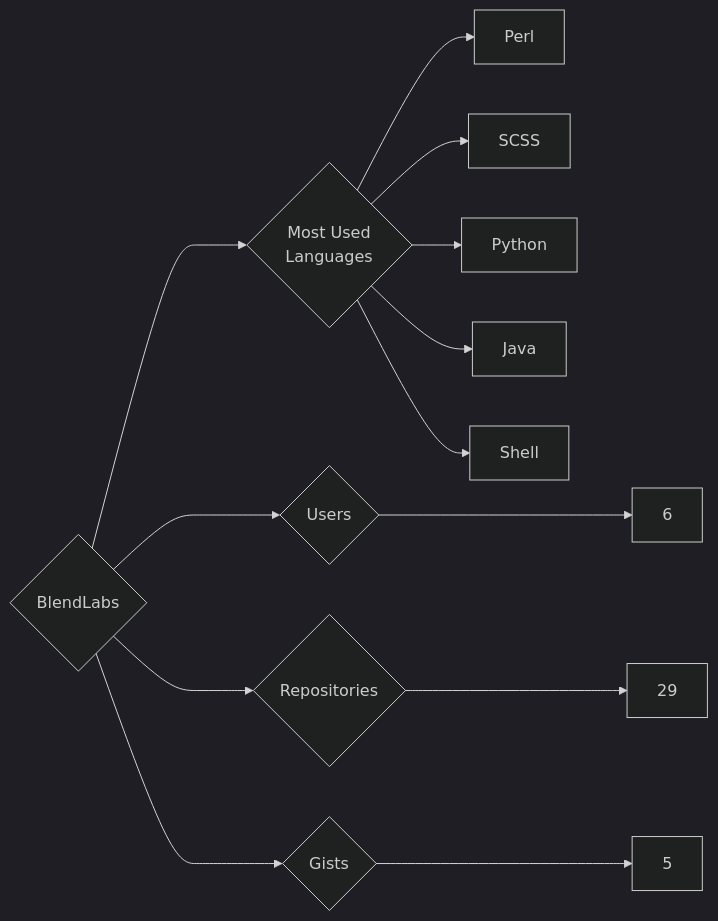
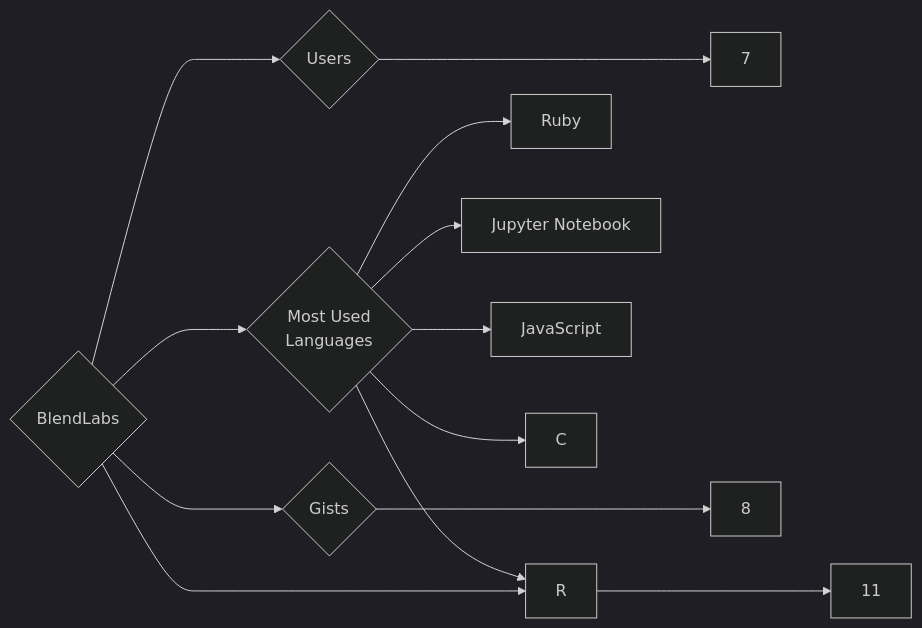
The diagram in targets/BlendLabs/README.md (trickest/insiders), drawn with Mermaid (dark theme) before and after one commit. The commit also changed 1212 other files, not shown here.

````diff
--- a/targets/BlendLabs/README.md
+++ b/targets/BlendLabs/README.md
@@ -3,13 +3,13 @@
 ```mermaid
 graph LR
 COMPANY_NAME{BlendLabs}
-COMPANY_NAME ---> U{Users} ---> UN[6]
-COMPANY_NAME ---> R{Repositories} ---> RN[29]
-COMPANY_NAME ---> G{Gists} ---> GN[5]
+COMPANY_NAME ---> U{Users} ---> UN[7]
+COMPANY_NAME ---> R{Repositories} ---> RN[11]
+COMPANY_NAME ---> G{Gists} ---> GN[8]
 COMPANY_NAME ---> ML{Most Used<br>Languages}
-ML --> Perl[Perl]
-ML --> SCSS[SCSS]
-ML --> Python[Python]
-ML --> Java[Java]
-ML --> Shell[Shell]
+ML --> Ruby[Ruby]
+ML --> R[R]
+ML --> Jupyter_Notebook[Jupyter Notebook]
+ML --> JavaScript[JavaScript]
+ML --> C[C]
 ```
````
